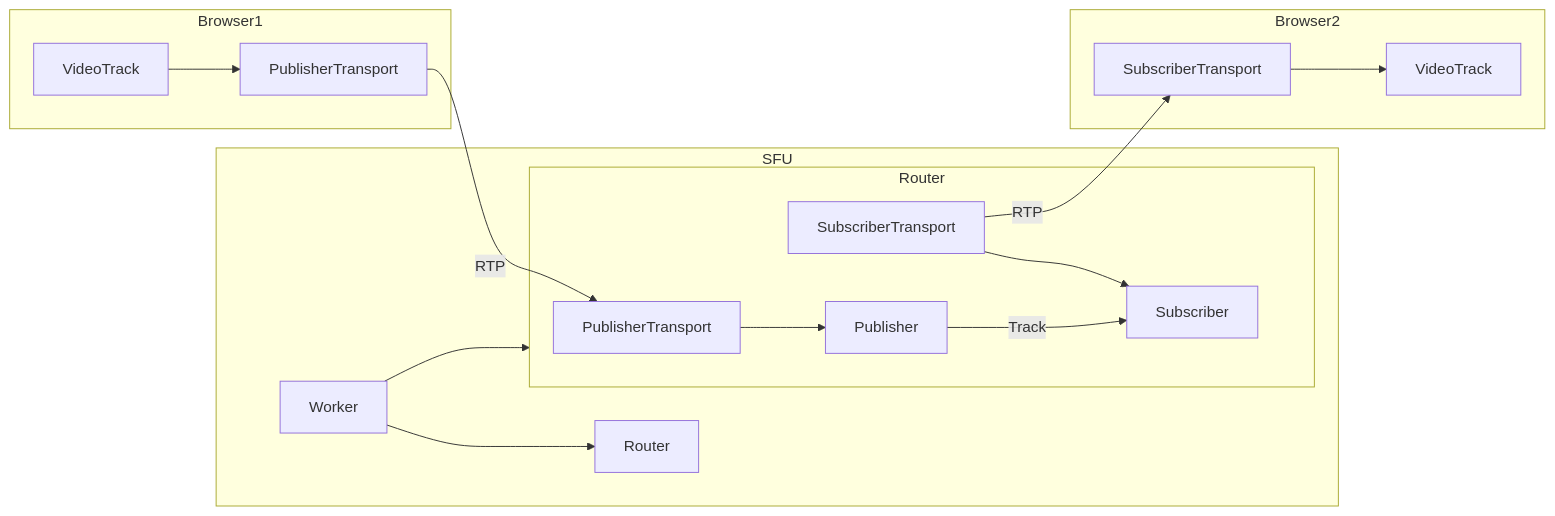
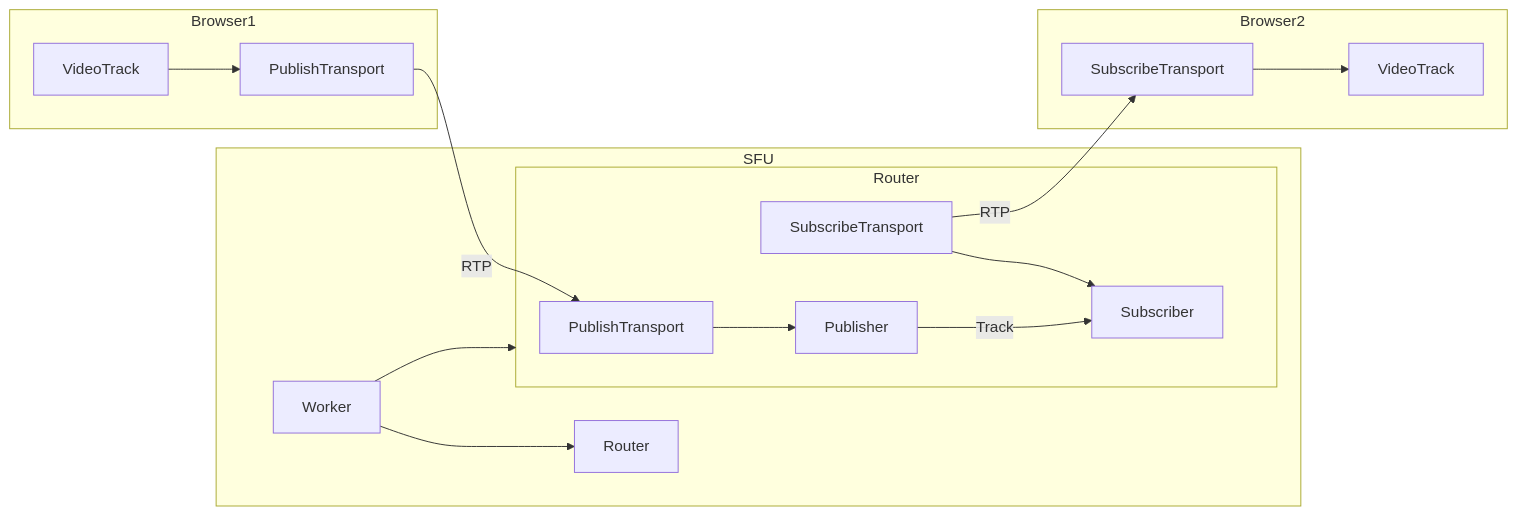
The diagram in docs/_pages/00_architecture.md (h3poteto/rheomesh), drawn with Mermaid before and after one commit. The commit also changed other lines of this file, not shown here.

Commit message:
refs #48 Update architecture

````diff
--- a/docs/_pages/00_architecture.md
+++ b/docs/_pages/00_architecture.md
@@ -9,28 +55,28 @@
 ```mermaid
 graph LR
 subgraph SFU
     W[Worker] --> R1[Router]
     W --> R2[Router]
     subgraph R1[Router]
-        PS1[PublisherTransport]
+        PS1[PublishTransport]
         P1[Publisher]
         PS1 --> P1
-        SS2[SubscriberTransport]
+        SS2[SubscribeTransport]
         S1[Subscriber]
         SS2 --> S1
         P1 -->|Track| S1
     end
 end
 subgraph Browser1
-    PC1[PublisherTransport]
+    PC1[PublishTransport]
     T1[VideoTrack]
     T1 --> PC1
 end
 subgraph Browser2
-    SC2[SubscriberTransport]
+    SC2[SubscribeTransport]
     T2[VideoTrack]
     SC2 --> T2
 end
 PC1 -->|RTP| PS1
 SS2 -->|RTP| SC2
 ```
````
